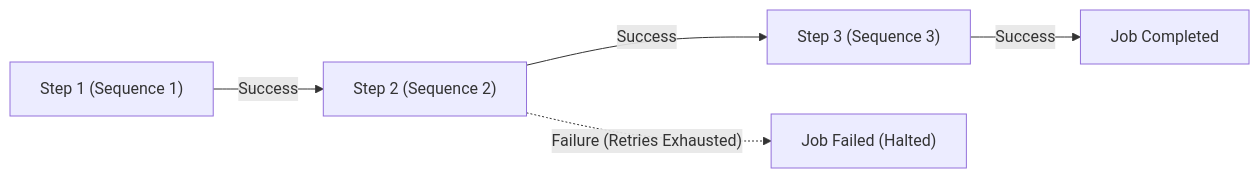
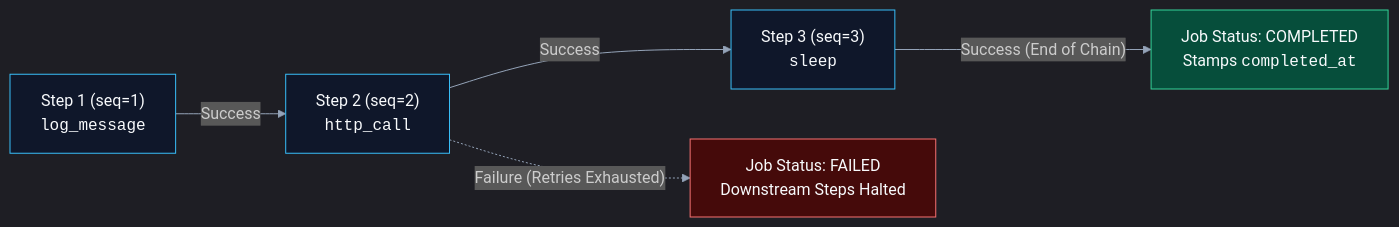
The first of 3 diagrams in docs/05-explanation/job-lifecycle-and-orchestration.md (chandadiya2004/FlowForge), drawn with Mermaid before and after one commit. The commit also changed other lines of this file and 4 other files, not shown here.

Commit message:
docs: add comprehensive architectural documentation covering authentication, design trade-offs, job orchestration, and queue strategies

````diff
--- a/docs/05-explanation/job-lifecycle-and-orchestration.md
+++ b/docs/05-explanation/job-lifecycle-and-orchestration.md
@@ -11,8 +11,26 @@
 ```mermaid
+%%{init: {
+  'theme': 'dark',
+  'themeVariables': {
+    'darkMode': true,
+    'background': '#0b0f19',
+    'primaryColor': '#1e293b',
+    'primaryTextColor': '#f8fafc',
+    'primaryBorderColor': '#38bdf8',
+    'lineColor': '#94a3b8'
+  }
+}}%%
 flowchart LR
-    Step1["Step 1 (Sequence 1)"] -->|"Success"| Step2["Step 2 (Sequence 2)"]
-    Step2 -->|"Success"| Step3["Step 3 (Sequence 3)"]
-    Step3 -->|"Success"| Complete["Job Completed"]
+    Step1["Step 1 (seq=1)<br/><code>log_message</code>"] -->|"Success"| Step2["Step 2 (seq=2)<br/><code>http_call</code>"]
+    Step2 -->|"Success"| Step3["Step 3 (seq=3)<br/><code>sleep</code>"]
+    Step3 -->|"Success (End of Chain)"| Complete["Job Status: COMPLETED<br/>Stamps <code>completed_at</code>"]
 
-    Step2 -.->|"Failure (Retries Exhausted)"| Fail["Job Failed (Halted)"]
+    Step2 -.->|"Failure (Retries Exhausted)"| Fail["Job Status: FAILED<br/>Downstream Steps Halted"]
+
+    classDef normal fill:#0f172a,stroke:#38bdf8,stroke-width:1px,color:#f8fafc;
+    classDef success fill:#064e3b,stroke:#34d399,stroke-width:1px,color:#f8fafc;
+    classDef fail fill:#450a0a,stroke:#f87171,stroke-width:1px,color:#f8fafc;
+    class Step1,Step2,Step3 normal;
+    class Complete success;
+    class Fail fail;
 ```
````
